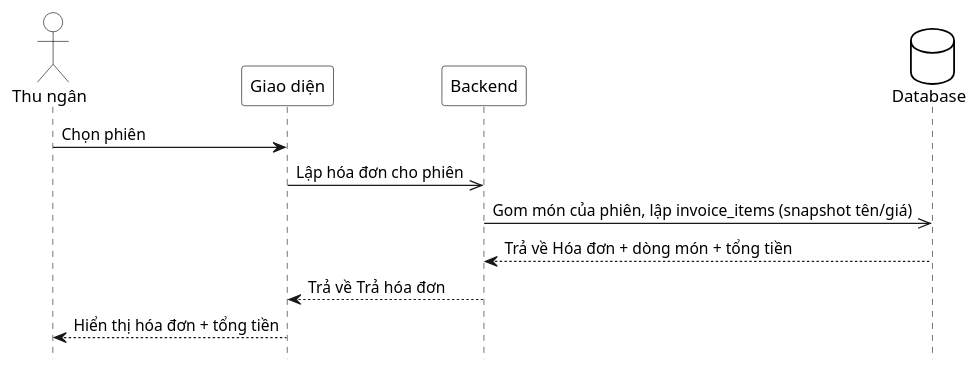
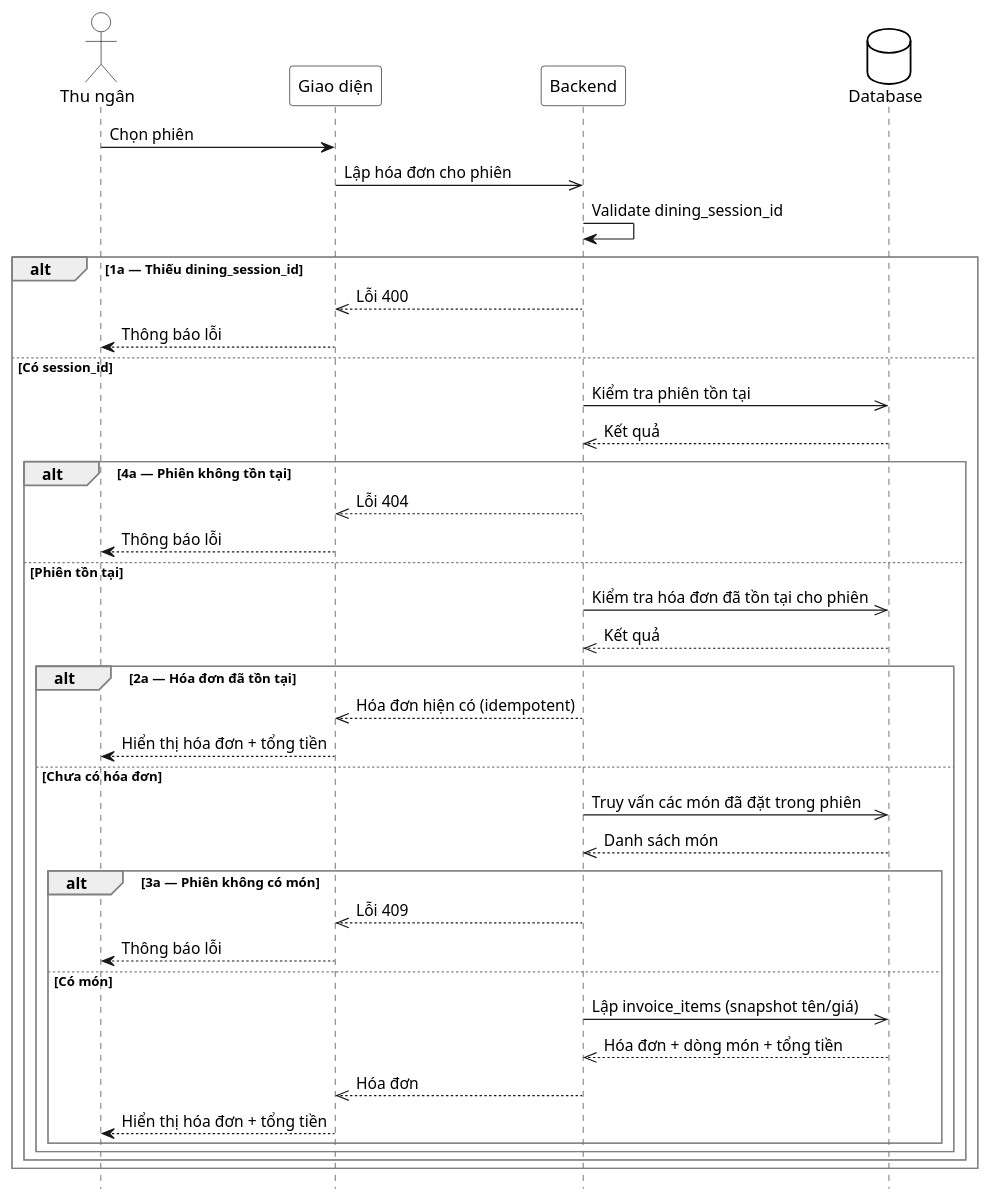
Before and after one commit to thanhhoa3514/restaurant-management: the first of 2 diagrams in docs/use-cases/uc-thu-ngan-21-xem-hoa-don.md, drawn with PlantUML. The commit also changed other lines of this file and 98 other files, not shown here.

````diff
--- a/docs/use-cases/uc-thu-ngan-21-xem-hoa-don.md
+++ b/docs/use-cases/uc-thu-ngan-21-xem-hoa-don.md
@@ -51,30 +54,57 @@
 ```plantuml
 @startuml
 hide footbox
 skinparam participant {
  BackgroundColor White
  BorderColor Black
 }
 skinparam actor {
  BackgroundColor White
  BorderColor Black
 }
 skinparam database {
  BackgroundColor White
  BorderColor Black
 }
 skinparam sequenceGroupBorderThickness 1
 skinparam sequenceGroupBorderColor Gray
 actor "Thu ngân" as A
 participant "Giao diện" as UI
 participant "Backend" as BE
 database "Database" as DB
 
 A -> UI : Chọn phiên
 UI ->> BE : Lập hóa đơn cho phiên
-BE ->> DB : Gom món của phiên, lập invoice_items (snapshot tên/giá)
-DB --> BE : Trả về Hóa đơn + dòng món + tổng tiền
-BE --> UI : Trả về Trả hóa đơn
-UI --> A : Hiển thị hóa đơn + tổng tiền
+BE -> BE : Validate dining_session_id
+alt 1a — Thiếu dining_session_id
+  BE -->> UI : Lỗi 400
+  UI --> A : Thông báo lỗi
+else Có session_id
+  BE ->> DB : Kiểm tra phiên tồn tại
+  DB -->> BE : Kết quả
+  alt 4a — Phiên không tồn tại
+    BE -->> UI : Lỗi 404
+    UI --> A : Thông báo lỗi
+  else Phiên tồn tại
+    BE ->> DB : Kiểm tra hóa đơn đã tồn tại cho phiên
+    DB -->> BE : Kết quả
+    alt 2a — Hóa đơn đã tồn tại
+      BE -->> UI : Hóa đơn hiện có (idempotent)
+      UI --> A : Hiển thị hóa đơn + tổng tiền
+    else Chưa có hóa đơn
+      BE ->> DB : Truy vấn các món đã đặt trong phiên
+      DB -->> BE : Danh sách món
+      alt 3a — Phiên không có món
+        BE -->> UI : Lỗi 409
+        UI --> A : Thông báo lỗi
+      else Có món
+        BE ->> DB : Lập invoice_items (snapshot tên/giá)
+        DB -->> BE : Hóa đơn + dòng món + tổng tiền
+        BE -->> UI : Hóa đơn
+        UI --> A : Hiển thị hóa đơn + tổng tiền
+      end
+    end
+  end
+end
 @enduml
 ```
````
